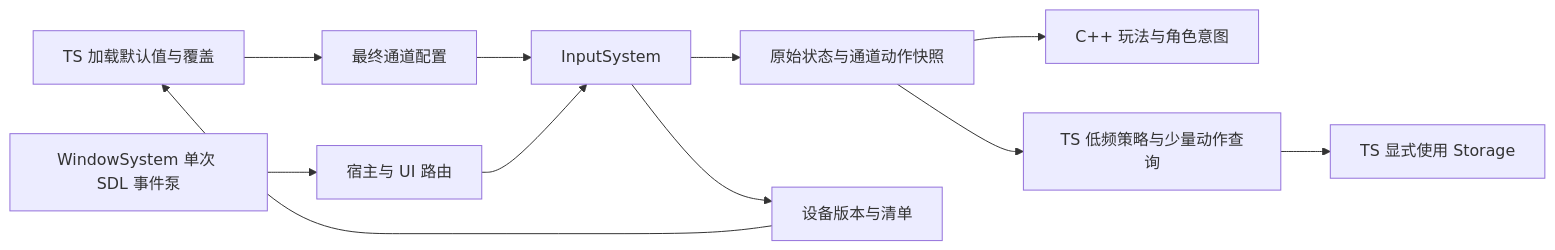
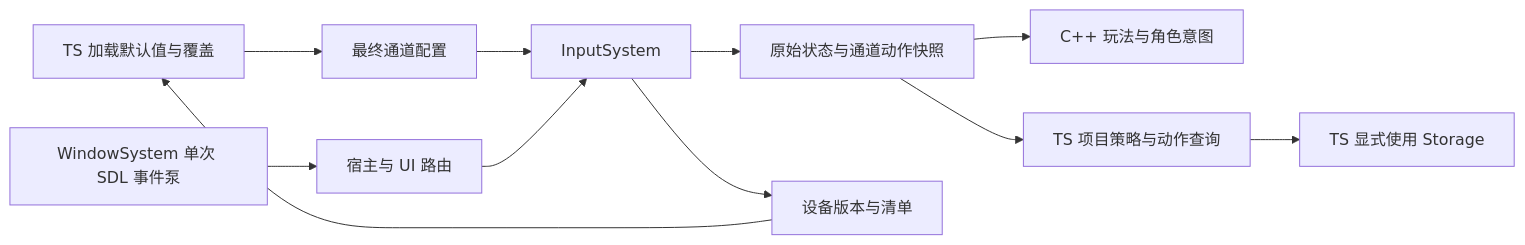
One commit to lcals/Engine changed the first of 2 diagrams in docs/runtime/input.md. Above: the diagram before and after it, drawn with Mermaid. The commit also changed other lines of this file and 222 other files, not shown here.

Commit message:
Consolidate editor asset imports and align architecture documentation

````diff
--- a/docs/runtime/input.md
+++ b/docs/runtime/input.md
@@ -31,13 +31,13 @@
 ```mermaid
 flowchart LR
     TS[TS 加载默认值与覆盖] --> MAP[最终通道配置]
     MAP --> INPUT[InputSystem]
     WINDOW[WindowSystem 单次 SDL 事件泵] --> ROUTE[宿主与 UI 路由]
     ROUTE --> INPUT
     INPUT --> SNAP[原始状态与通道动作快照]
     SNAP --> NATIVE[C++ 玩法与角色意图]
-    SNAP --> SCRIPT[TS 低频策略与少量动作查询]
+    SNAP --> SCRIPT[TS 项目策略与动作查询]
     DEV[设备版本与清单] --> TS
     INPUT --> DEV
     SCRIPT --> KV[TS 显式使用 Storage]
 ```
````
